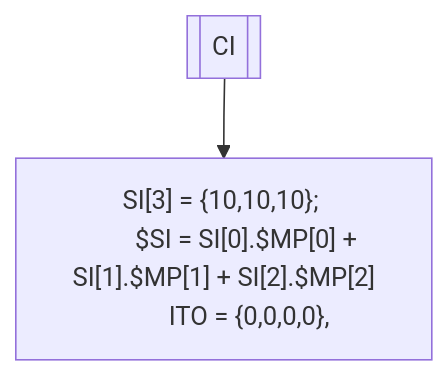
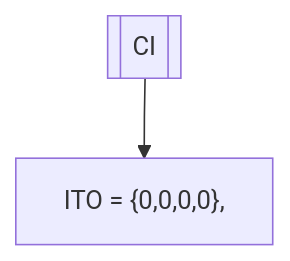
One commit to JuanManuelPrividera/TP-Simu changed the diagram in docs/Diagramas/ConfigsIniciales.mermaid. Above: the diagram before and after it, drawn with Mermaid. The commit also changed 32 other files, not shown here.

```diff
--- a/docs/Diagramas/ConfigsIniciales.mermaid
+++ b/docs/Diagramas/ConfigsIniciales.mermaid
@@ -1,10 +1,8 @@
 flowchart TD
     a1[[CI]] --> a2
     a2["
-        SI[3] = {10,10,10}; 
-        $SI = SI[0].$MP[0] + SI[1].$MP[1] + SI[2].$MP[2]
         ITO = {0,0,0,0},
     "]
 
     %% TODO: definir config inicial por defecto para cada maquina.
     %% Ejemplo: CxM[etapa][maquina].lote.conf = CONF_DEFAULT.
```
